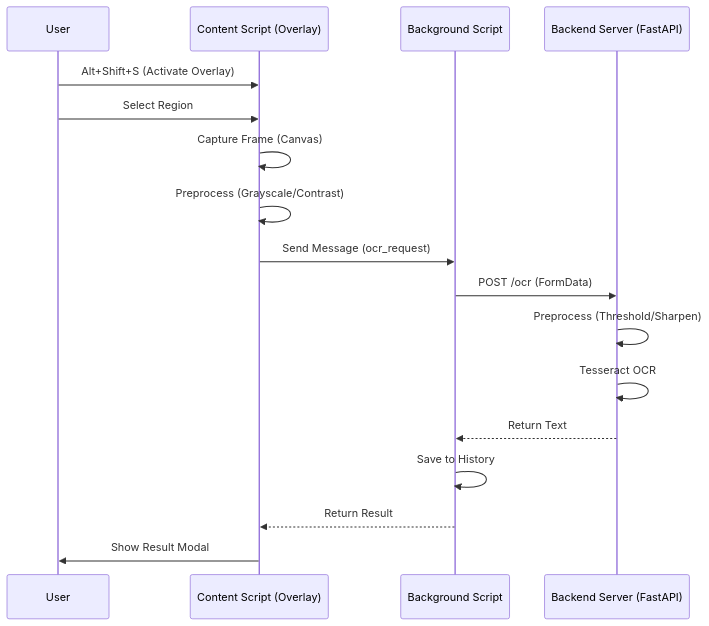
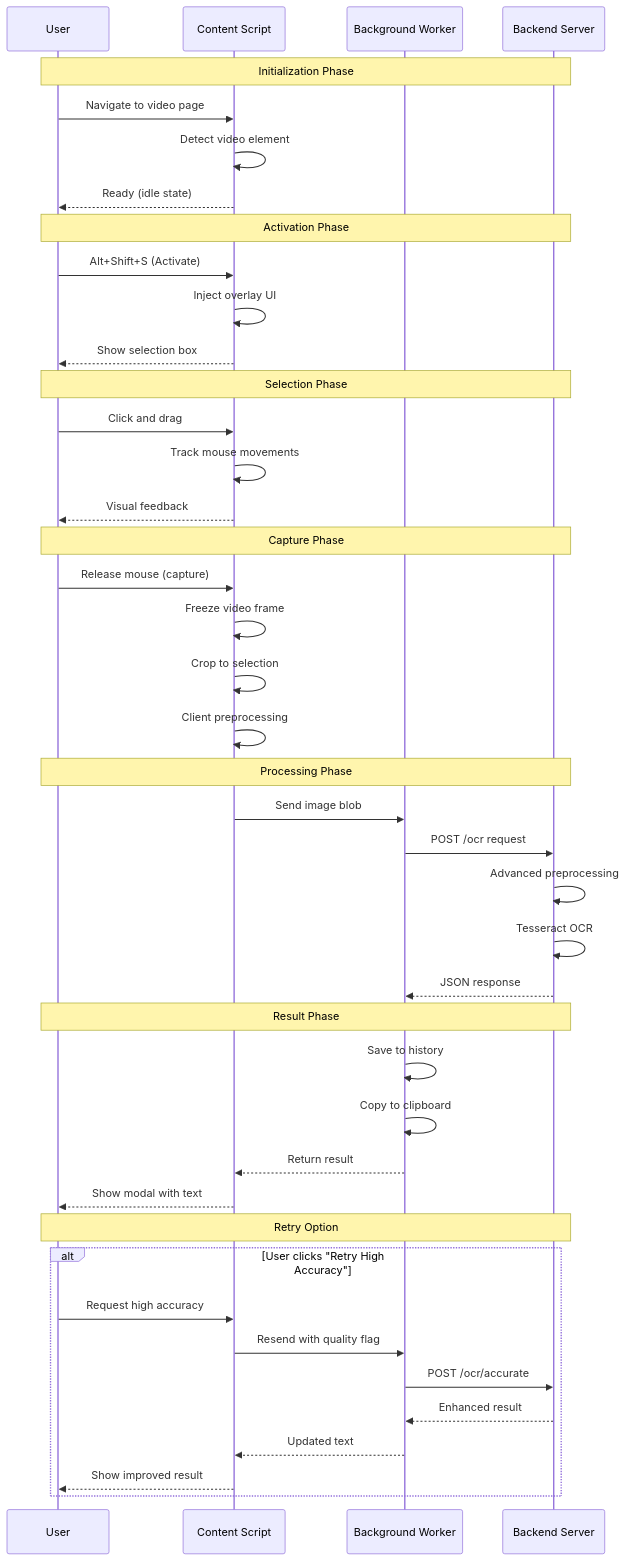
One commit to shyan23/video_OCR changed the fifth of 6 diagrams in README.md. Above: the diagram before and after it, drawn with Mermaid. The commit also changed other lines of this file and 2 other files, not shown here.

Commit message:
Tried to improve the OCR

````diff
--- a/README.md
+++ b/README.md
@@ -23,20 +216,51 @@
 ```mermaid
 sequenceDiagram
     participant U as User
-    participant C as Content Script (Overlay)
-    participant B as Background Script
-    participant S as Backend Server (FastAPI)
-    
-    U->>C: Alt+Shift+S (Activate Overlay)
-    U->>C: Select Region
-    C->>C: Capture Frame (Canvas)
-    C->>C: Preprocess (Grayscale/Contrast)
-    C->>B: Send Message (ocr_request)
-    B->>S: POST /ocr (FormData)
-    S->>S: Preprocess (Threshold/Sharpen)
+    participant C as Content Script
+    participant B as Background Worker
+    participant S as Backend Server
+
+    Note over U,S: Initialization Phase
+    U->>C: Navigate to video page
+    C->>C: Detect video element
+    C-->>U: Ready (idle state)
+
+    Note over U,S: Activation Phase
+    U->>C: Alt+Shift+S (Activate)
+    C->>C: Inject overlay UI
+    C-->>U: Show selection box
+
+    Note over U,S: Selection Phase
+    U->>C: Click and drag
+    C->>C: Track mouse movements
+    C-->>U: Visual feedback
+
+    Note over U,S: Capture Phase
+    U->>C: Release mouse (capture)
+    C->>C: Freeze video frame
+    C->>C: Crop to selection
+    C->>C: Client preprocessing
+
+    Note over U,S: Processing Phase
+    C->>B: Send image blob
+    B->>S: POST /ocr request
+    S->>S: Advanced preprocessing
     S->>S: Tesseract OCR
-    S-->>B: Return Text
-    B->>B: Save to History
-    B-->>C: Return Result
-    C->>U: Show Result Modal
+    S-->>B: JSON response
+
+    Note over U,S: Result Phase
+    B->>B: Save to history
+    B->>B: Copy to clipboard
+    B-->>C: Return result
+    C-->>U: Show modal with text
+
+    Note over U,S: Retry Option
+    alt User clicks "Retry High Accuracy"
+        U->>C: Request high accuracy
+        C->>B: Resend with quality flag
+        B->>S: POST /ocr/accurate
+        S-->>B: Enhanced result
+        B-->>C: Updated text
+        C-->>U: Show improved result
+    end
 ```
````
